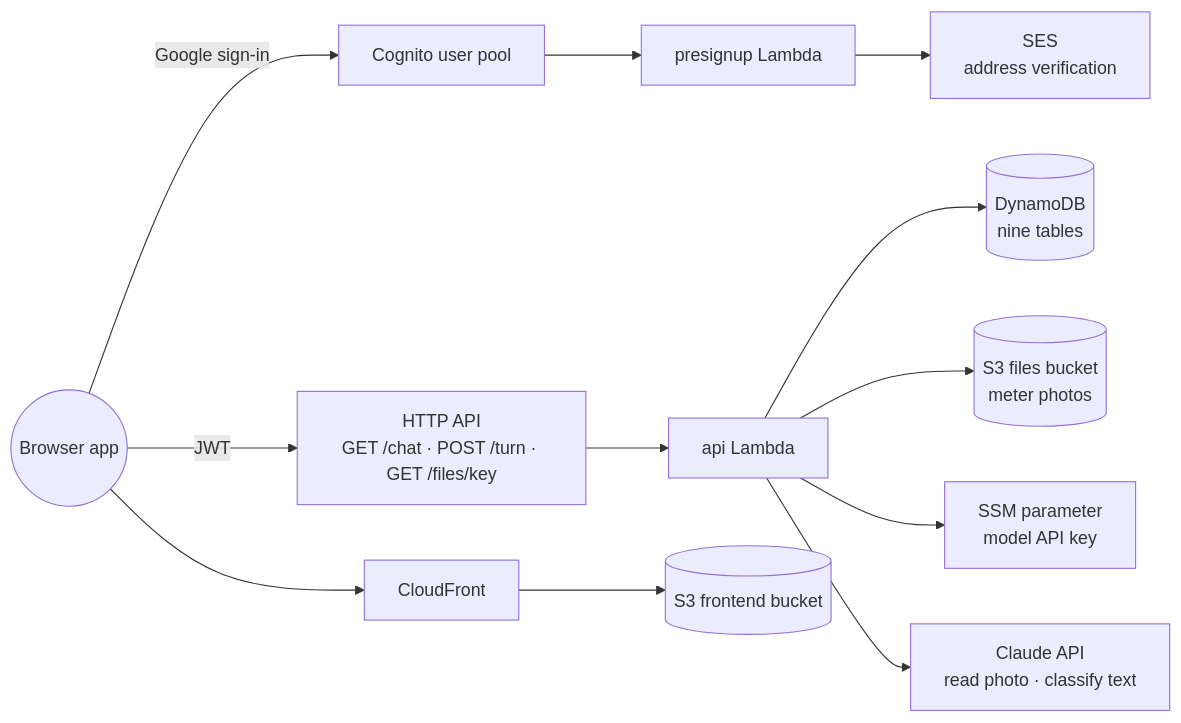
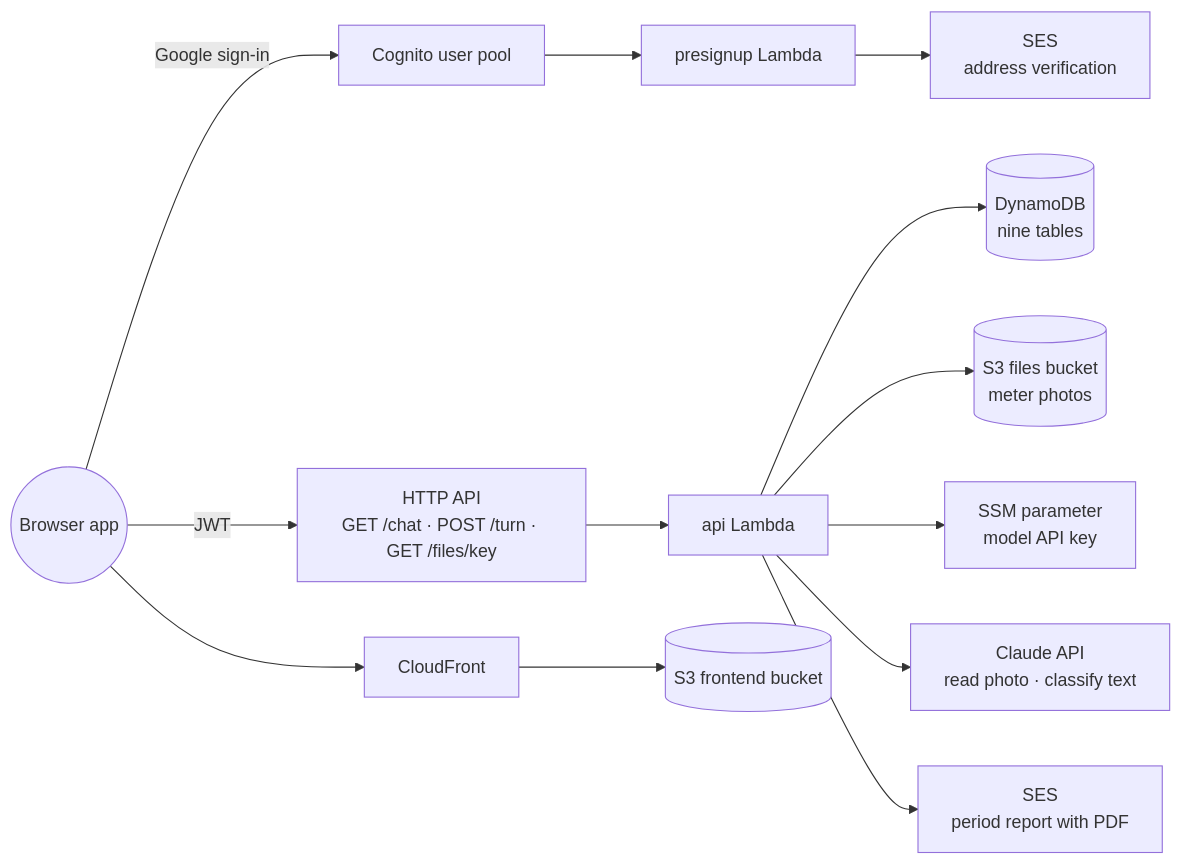
Before and after one commit to erancha/meters-tracker: the diagram in docs/architecture.md, drawn with Mermaid. The commit also changed other lines of this file and 26 other files, not shown here.

First line of the commit message:
Email the owner the apartment's period as a PDF after each confirmed reading

````diff
--- a/docs/architecture.md
+++ b/docs/architecture.md
@@ -11,14 +11,15 @@
 ```mermaid
 graph LR
     C((Browser app)) -->|Google sign-in| COG[Cognito user pool]
     COG --> PRE[presignup Lambda]
     PRE --> SES[SES<br/>address verification]
     C -->|JWT| API[HTTP API<br/>GET /chat · POST /turn · GET /files/key]
     API --> L[api Lambda]
     L --> DB[(DynamoDB<br/>nine tables)]
     L --> S3[(S3 files bucket<br/>meter photos)]
     L --> SSM[SSM parameter<br/>model API key]
     L --> CL[Claude API<br/>read photo · classify text]
+    L --> SES2[SES<br/>period report with PDF]
     CF[CloudFront] --> FB[(S3 frontend bucket)]
     C --> CF
 ```
````
